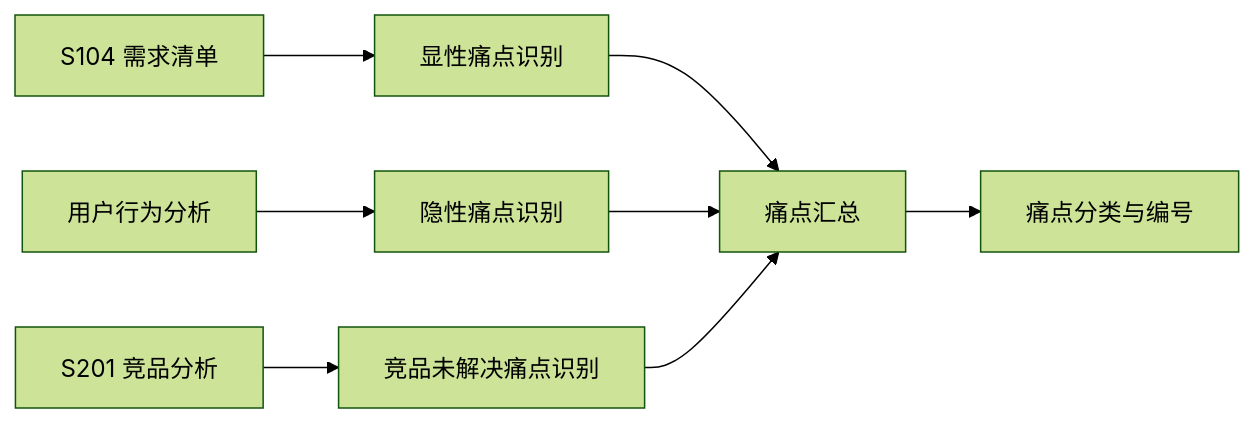
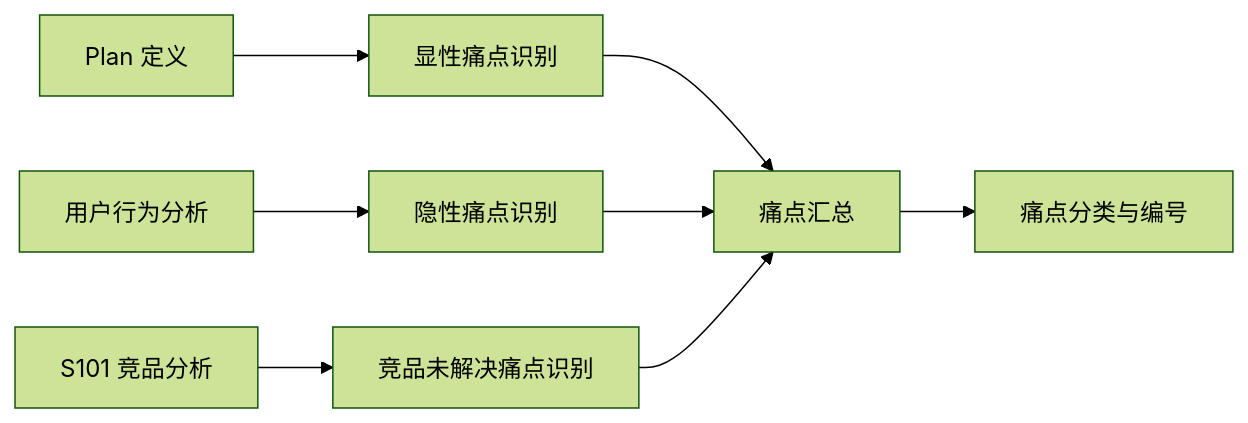
Before and after one commit to HeartFlying/swf: the diagram in skills/s1-market-analysis/template.md, drawn with Mermaid (forest theme). The commit also changed other lines of this file and 10 other files, not shown here.

````diff
--- a/skills/s1-market-analysis/template.md
+++ b/skills/s1-market-analysis/template.md
@@ -128,10 +128,10 @@
 ```mermaid
 graph LR
-    A[S104 需求清单] --> B[显性痛点识别]
+    A[Plan 定义] --> B[显性痛点识别]
     C[用户行为分析] --> D[隐性痛点识别]
-    E[S201 竞品分析] --> F[竞品未解决痛点识别]
+    E[S101 竞品分析] --> F[竞品未解决痛点识别]
     B --> G[痛点汇总]
     D --> G
     F --> G
     G --> H[痛点分类与编号]
 ```
````
